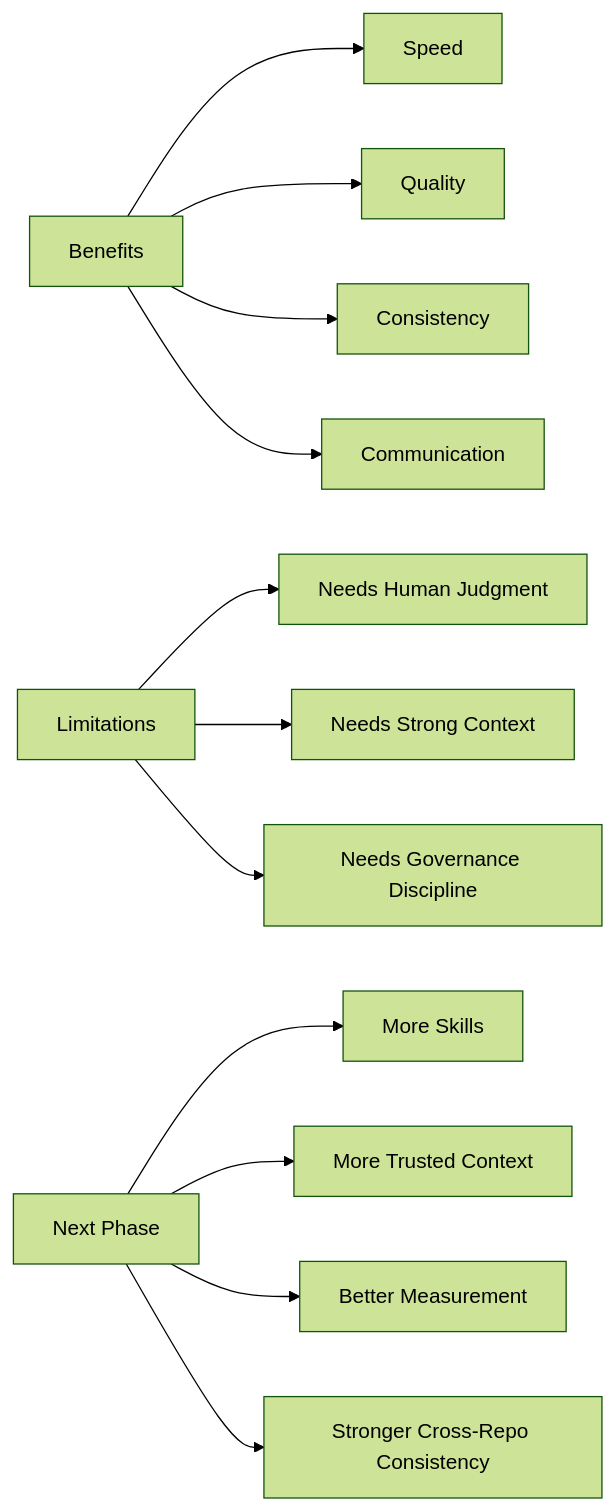
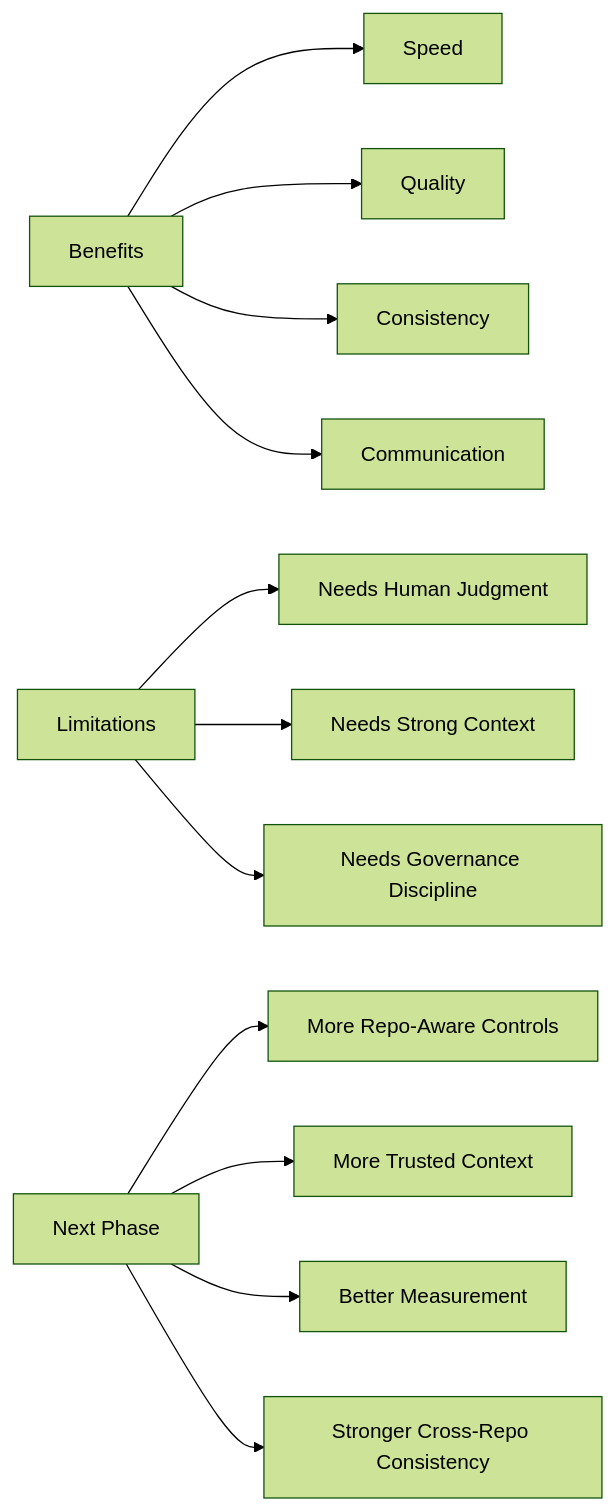
One commit to refat-asadullah-creolytix-dev/refat-asadullah-creolytix-dev changed diagram 22 of 23 in creolytix-ai-delivery-model.md. Above: the diagram before and after it, drawn with Mermaid (forest theme). The commit also changed other lines of this file, not shown here.

````diff
--- a/creolytix-ai-delivery-model.md
+++ b/creolytix-ai-delivery-model.md
@@ -594,16 +728,16 @@
 ```mermaid
 flowchart LR
     A[Benefits] --> A1[Speed]
     A --> A2[Quality]
     A --> A3[Consistency]
     A --> A4[Communication]
 
     B[Limitations] --> B1[Needs Human Judgment]
     B --> B2[Needs Strong Context]
     B --> B3[Needs Governance Discipline]
 
-    C[Next Phase] --> C1[More Skills]
+    C[Next Phase] --> C1[More Repo-Aware Controls]
     C --> C2[More Trusted Context]
     C --> C3[Better Measurement]
     C --> C4[Stronger Cross-Repo Consistency]
 ```
````
